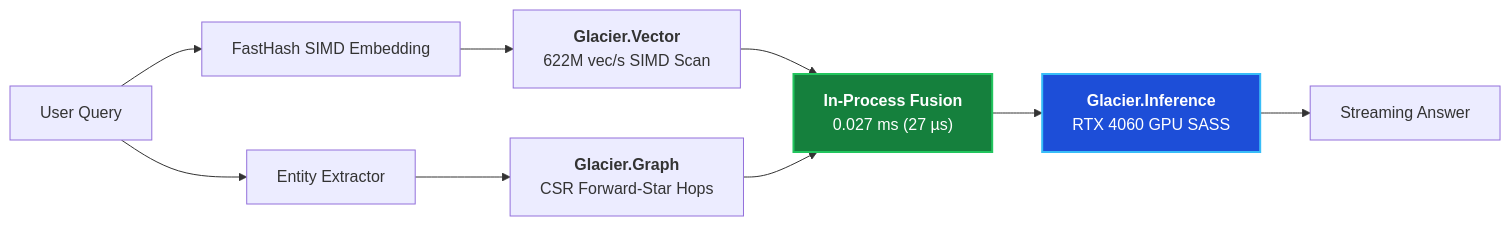
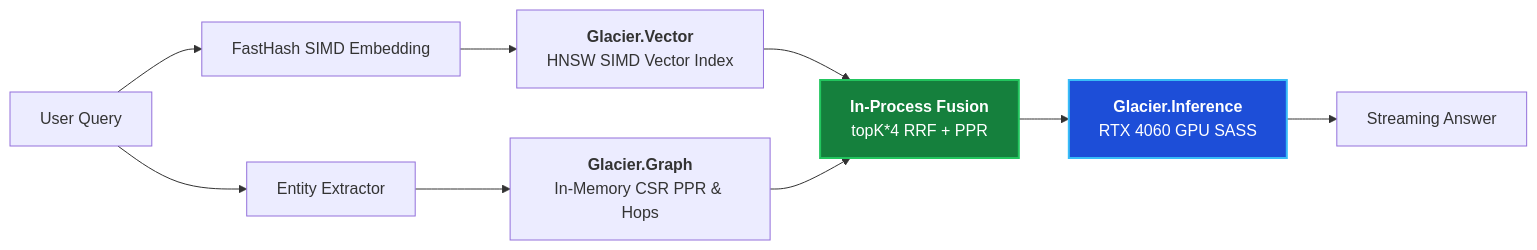
Before and after one commit to ian-cowley/Glacier.Rag: the diagram in README.md, drawn with Mermaid. The commit also changed other lines of this file and 17 other files, not shown here.

````diff
--- a/README.md
+++ b/README.md
@@ -34,14 +34,14 @@
 ```mermaid
 flowchart LR
     Q["User Query"] --> EMB["FastHash SIMD Embedding"]
-    EMB --> VEC["<b>Glacier.Vector</b><br/>622M vec/s SIMD Scan"]
+    EMB --> VEC["<b>Glacier.Vector</b><br/>HNSW SIMD Vector Index"]
     Q --> EXT["Entity Extractor"]
-    EXT --> GRP["<b>Glacier.Graph</b><br/>CSR Forward-Star Hops"]
-    VEC --> FUS["<b>In-Process Fusion</b><br/>0.027 ms (27 µs)"]
+    EXT --> GRP["<b>Glacier.Graph</b><br/>In-Memory CSR PPR & Hops"]
+    VEC --> FUS["<b>In-Process Fusion</b><br/>topK*4 RRF + PPR"]
     GRP --> FUS
     FUS --> INF["<b>Glacier.Inference</b><br/>RTX 4060 GPU SASS"]
     INF --> RES["Streaming Answer"]
 
     style FUS fill:#15803d,stroke:#22c55e,stroke-width:2px,color:#fff
     style INF fill:#1d4ed8,stroke:#38bdf8,stroke-width:2px,color:#fff
 ```
````
